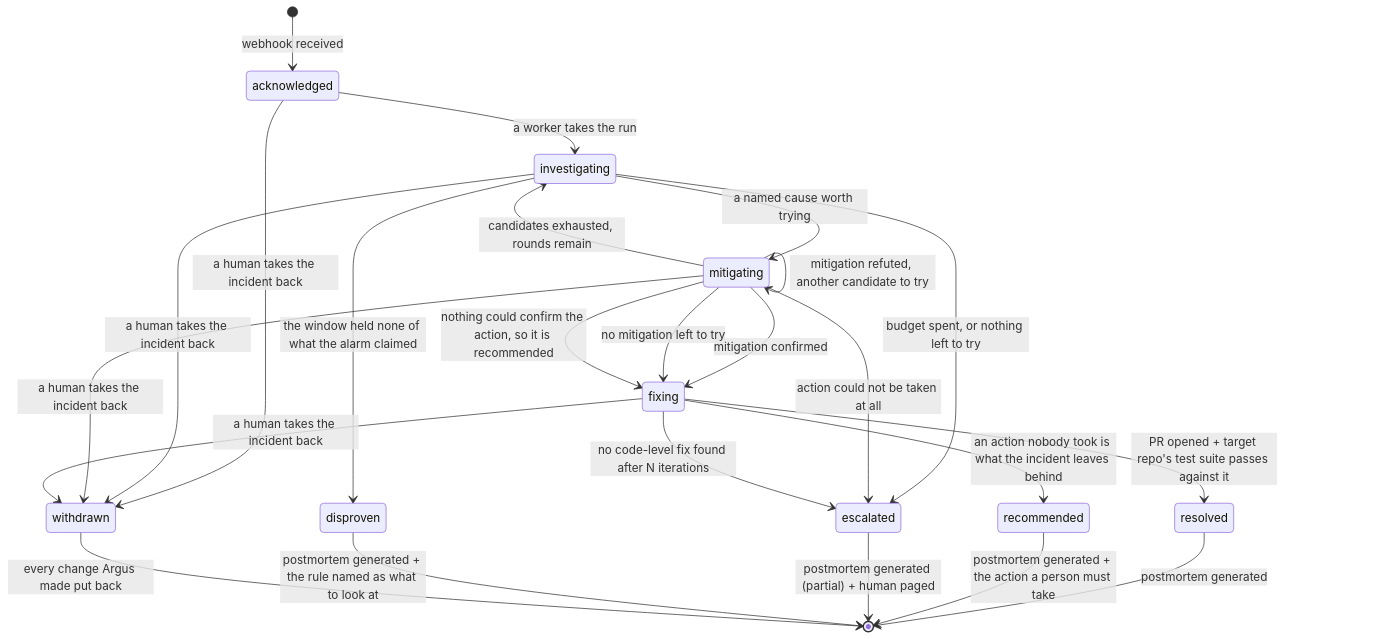
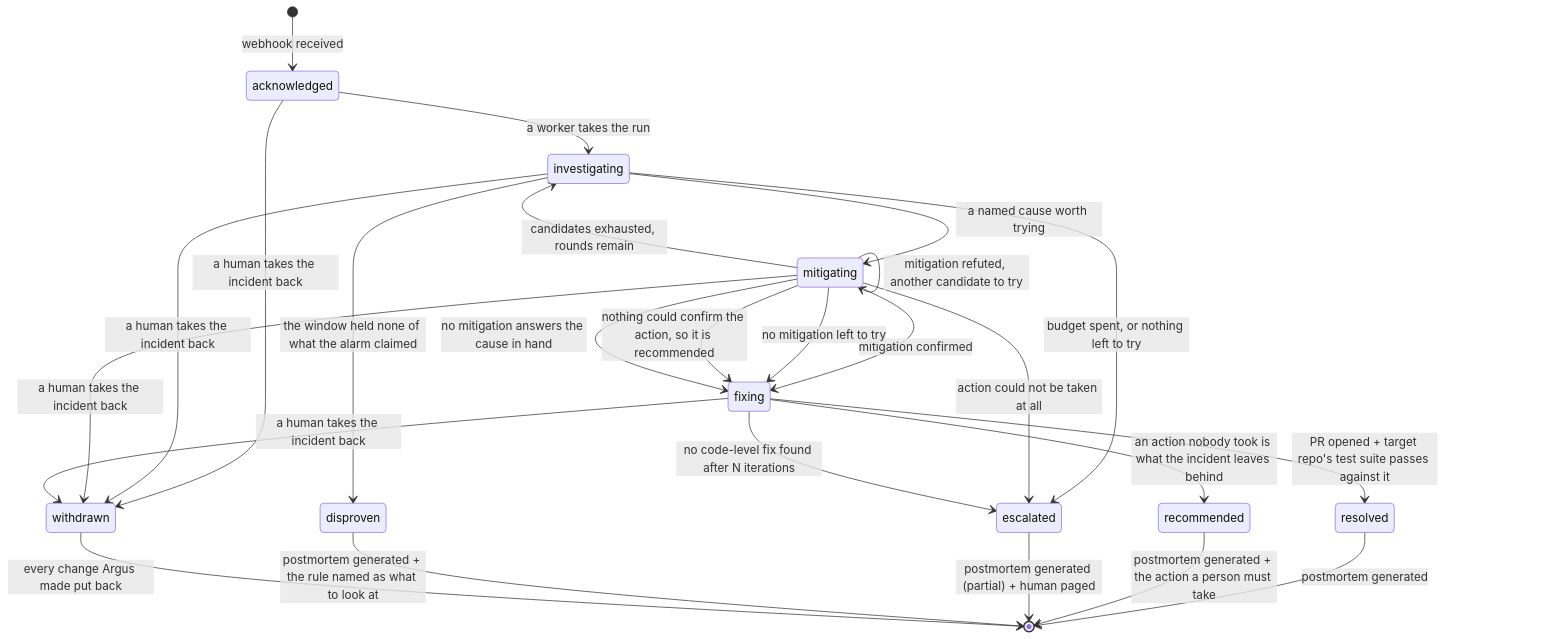
One commit to ohadraz/Argus changed the third of 5 diagrams in docs/spec-and-architecture.md. Above: the diagram before and after it, drawn with Mermaid. The commit also changed other lines of this file and 43 other files, not shown here.

````diff
--- a/docs/spec-and-architecture.md
+++ b/docs/spec-and-architecture.md
@@ -316,26 +316,27 @@
 ```mermaid
 stateDiagram-v2
     [*] --> acknowledged: webhook received
     acknowledged --> investigating: a worker takes the run
     investigating --> mitigating: a named cause worth trying
     investigating --> escalated: budget spent, or nothing left to try
     investigating --> disproven: the window held none of what the alarm claimed
     mitigating --> fixing: mitigation confirmed
     mitigating --> mitigating: mitigation refuted, another candidate to try
     mitigating --> investigating: candidates exhausted, rounds remain
     mitigating --> escalated: action could not be taken at all
     mitigating --> fixing: no mitigation left to try
     mitigating --> fixing: nothing could confirm the action, so it is recommended
+    mitigating --> fixing: no mitigation answers the cause in hand
     fixing --> resolved: PR opened + target repo's test suite passes against it
     fixing --> recommended: an action nobody took is what the incident leaves behind
     fixing --> escalated: no code-level fix found after N iterations
     resolved --> [*]: postmortem generated
     recommended --> [*]: postmortem generated + the action a person must take
     escalated --> [*]: postmortem generated (partial) + human paged
     disproven --> [*]: postmortem generated + the rule named as what to look at
     acknowledged --> withdrawn: a human takes the incident back
     investigating --> withdrawn: a human takes the incident back
     mitigating --> withdrawn: a human takes the incident back
     fixing --> withdrawn: a human takes the incident back
     withdrawn --> [*]: every change Argus made put back
 ```
````
